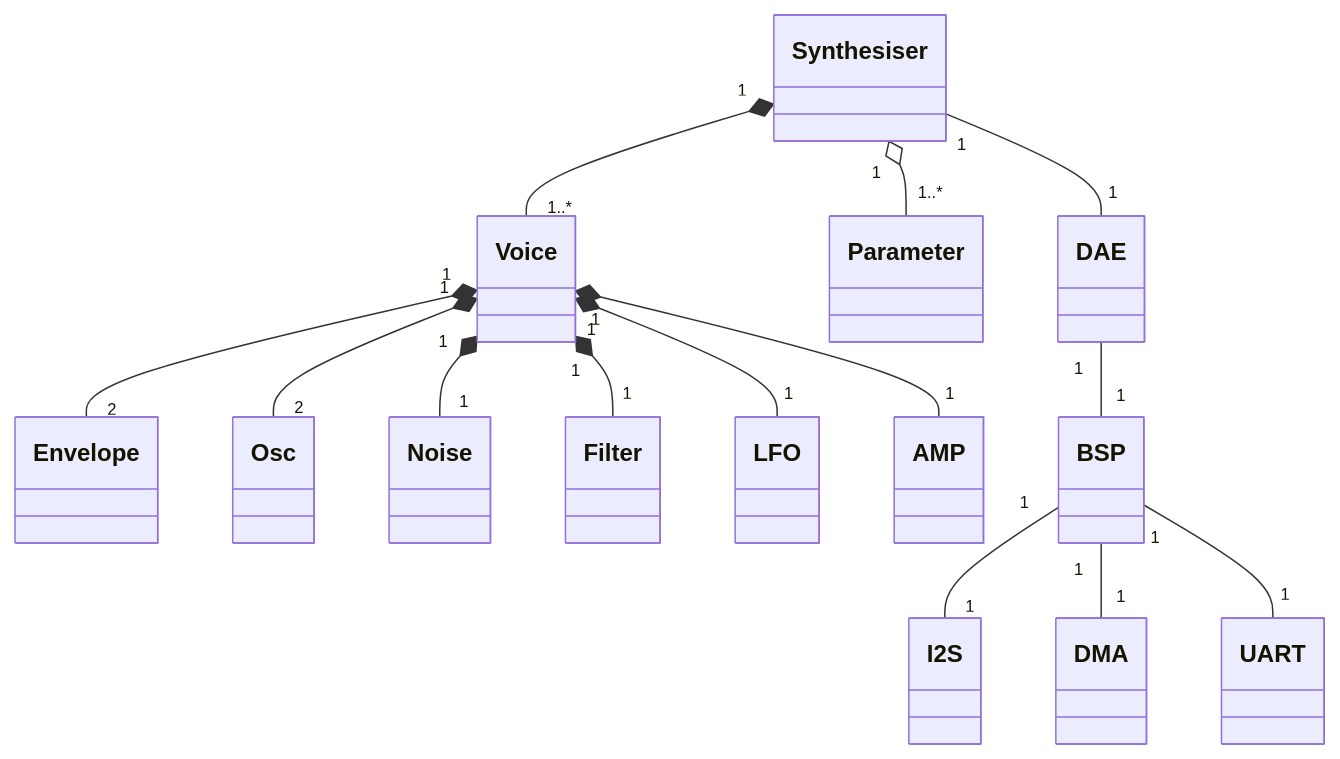
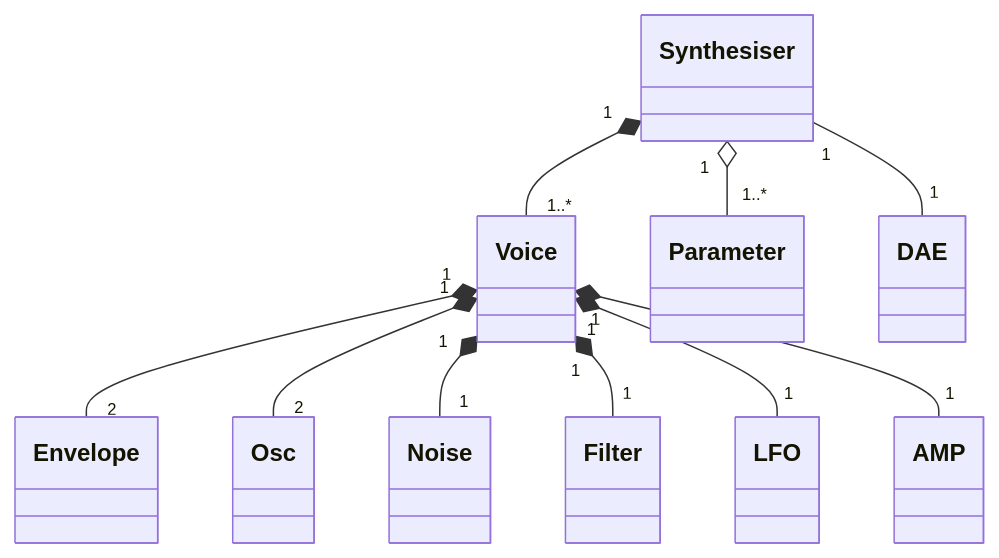
Before and after one commit to ydigikat/Frugi: the diagram in README.md, drawn with Mermaid. The commit also changed other lines of this file, not shown here.

````diff
--- a/README.md
+++ b/README.md
@@ -78,22 +48,15 @@
 ```mermaid
 classDiagram
   %% Synth
   Synthesiser "1" *-- "1..*" Voice
   Synthesiser "1" o-- "1..*" Parameter 
   Synthesiser "1" -- "1" DAE 
 
   %% Voice
   Voice "1" *-- "2" Envelope
   Voice "1" *-- "2" Osc
   Voice "1" *-- "1" Noise
   Voice "1" *-- "1" Filter
   Voice "1" *-- "1" LFO 
   Voice "1" *-- "1" AMP
-
-
-  %% DAE
-  DAE "1" -- "1" BSP
-  BSP "1" -- "1" I2S
-  BSP "1" -- "1" DMA 
-  BSP "1" -- "1" UART
 ```
````
